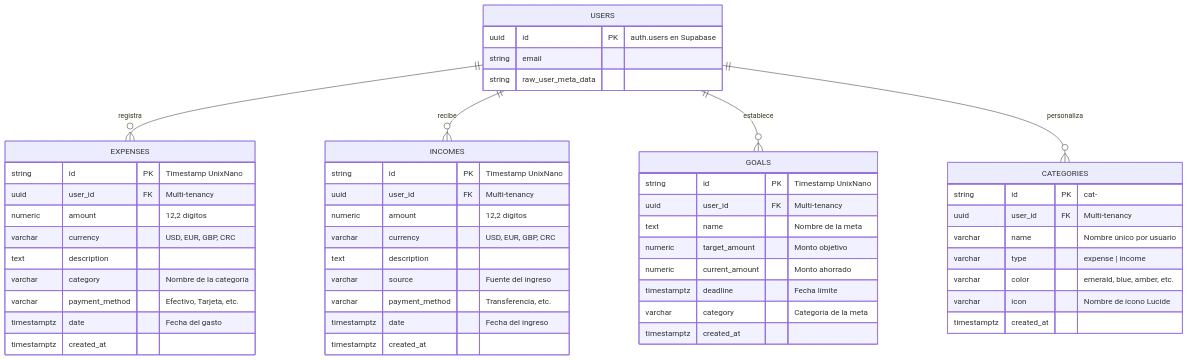
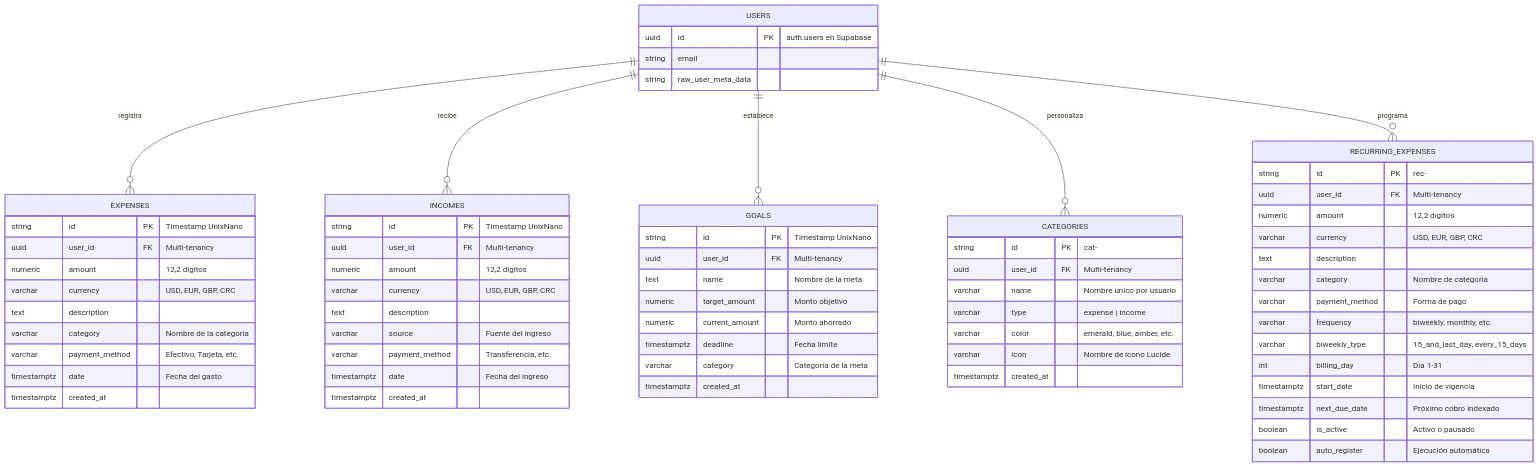
The diagram in docs/DATABASE.md (TonyBrTs/Fintrack), drawn with Mermaid before and after one commit. The commit also changed other lines of this file and 1 other file, not shown here.

Commit message:
feat(db): add recurring_expenses table migration and update docs

````diff
--- a/docs/DATABASE.md
+++ b/docs/DATABASE.md
@@ -9,58 +9,76 @@
 ```mermaid
 erDiagram
     USERS ||--o{ EXPENSES : "registra"
     USERS ||--o{ INCOMES : "recibe"
     USERS ||--o{ GOALS : "establece"
     USERS ||--o{ CATEGORIES : "personaliza"
+    USERS ||--o{ RECURRING_EXPENSES : "programa"
 
     USERS {
         uuid id PK "auth.users en Supabase"
         string email
         string raw_user_meta_data
+    }
+
+    RECURRING_EXPENSES {
+        string id PK "rec-<UnixNano>"
+        uuid user_id FK "Multi-tenancy"
+        numeric amount "12,2 dígitos"
+        varchar currency "USD, EUR, GBP, CRC"
+        text description
+        varchar category "Nombre de categoría"
+        varchar payment_method "Forma de pago"
+        varchar frequency "biweekly, monthly, etc."
+        varchar biweekly_type "15_and_last_day, every_15_days"
+        int billing_day "Día 1-31"
+        timestamptz start_date "Inicio de vigencia"
+        timestamptz next_due_date "Próximo cobro indexado"
+        boolean is_active "Activo o pausado"
+        boolean auto_register "Ejecución automática"
     }
 
     EXPENSES {
         string id PK "Timestamp UnixNano"
         uuid user_id FK "Multi-tenancy"
         numeric amount "12,2 dígitos"
         varchar currency "USD, EUR, GBP, CRC"
         text description
         varchar category "Nombre de la categoría"
         varchar payment_method "Efectivo, Tarjeta, etc."
         timestamptz date "Fecha del gasto"
         timestamptz created_at
     }
 
     INCOMES {
         string id PK "Timestamp UnixNano"
         uuid user_id FK "Multi-tenancy"
         numeric amount "12,2 dígitos"
         varchar currency "USD, EUR, GBP, CRC"
         text description
         varchar source "Fuente del ingreso"
         varchar payment_method "Transferencia, etc."
         timestamptz date "Fecha del ingreso"
         timestamptz created_at
     }
 
     GOALS {
         string id PK "Timestamp UnixNano"
         uuid user_id FK "Multi-tenancy"
         text name "Nombre de la meta"
         numeric target_amount "Monto objetivo"
         numeric current_amount "Monto ahorrado"
         timestamptz deadline "Fecha límite"
         varchar category "Categoría de la meta"
         timestamptz created_at
     }
 
     CATEGORIES {
         string id PK "cat-<UnixNano>"
         uuid user_id FK "Multi-tenancy"
         varchar name "Nombre único por usuario"
         varchar type "expense | income"
         varchar color "emerald, blue, amber, etc."
         varchar icon "Nombre de ícono Lucide"
         timestamptz created_at
     }
 ```
````
